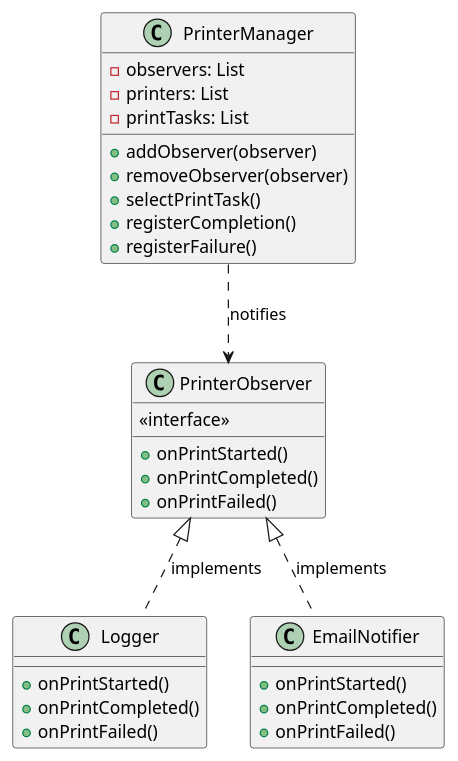
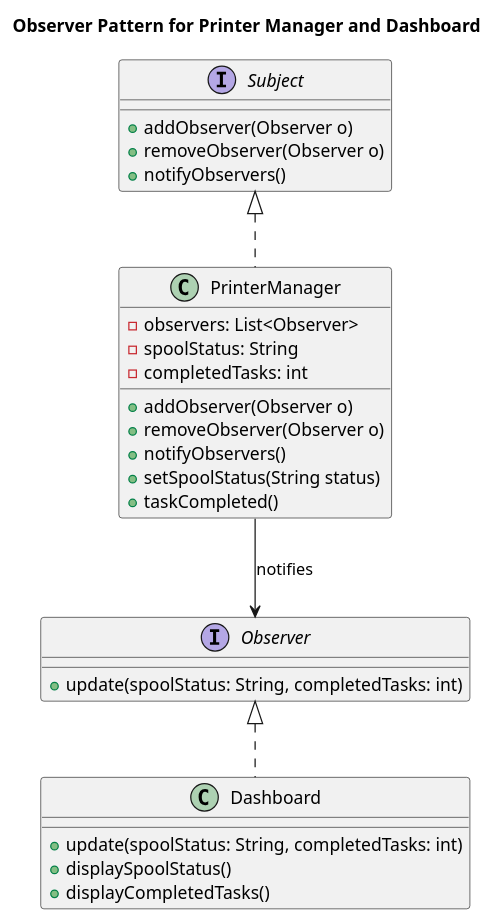
One commit to hann-xq/system-design changed the diagram in src/main/diagrams/ObserverPattern.puml. Above: the diagram before and after it, drawn with PlantUML.

Commit message:
Observer Pattern updated

```diff
--- a/src/main/diagrams/ObserverPattern.puml
+++ b/src/main/diagrams/ObserverPattern.puml
@@ -1,37 +1,32 @@
 @startuml
-'https://plantuml.com/class-diagram
- class PrinterManager {
-        -observers: List
-        -printers: List
-        -printTasks: List
-        +addObserver(observer)
-        +removeObserver(observer)
-        +selectPrintTask()
-        +registerCompletion()
-        +registerFailure()
-    }
+title Observer Pattern for Printer Manager and Dashboard
 
-    class PrinterObserver {
-        <<interface>>
-        +onPrintStarted()
-        +onPrintCompleted()
-        +onPrintFailed()
-    }
+interface Subject {
+    + addObserver(Observer o)
+    + removeObserver(Observer o)
+    + notifyObservers()
+}
 
-    class Logger {
-        +onPrintStarted()
-        +onPrintCompleted()
-        +onPrintFailed()
-    }
+interface Observer {
+    + update(spoolStatus: String, completedTasks: int)
+}
 
-    class EmailNotifier {
-        +onPrintStarted()
-        +onPrintCompleted()
-        +onPrintFailed()
-    }
+class PrinterManager implements Subject {
+    - observers: List<Observer>
+    - spoolStatus: String
+    - completedTasks: int
+    + addObserver(Observer o)
+    + removeObserver(Observer o)
+    + notifyObservers()
+    + setSpoolStatus(String status)
+    + taskCompleted()
+}
 
-    PrinterManager ..> PrinterObserver : notifies
-    PrinterObserver <|.. Logger : implements
-    PrinterObserver <|.. EmailNotifier : implements
+class Dashboard implements Observer {
+    + update(spoolStatus: String, completedTasks: int)
+    + displaySpoolStatus()
+    + displayCompletedTasks()
+}
 
+PrinterManager --> Observer : notifies
 @enduml
```
